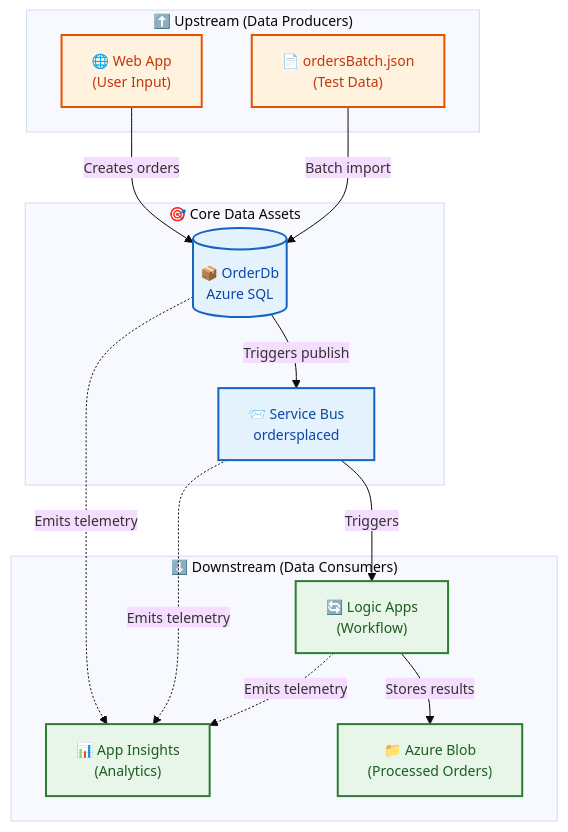
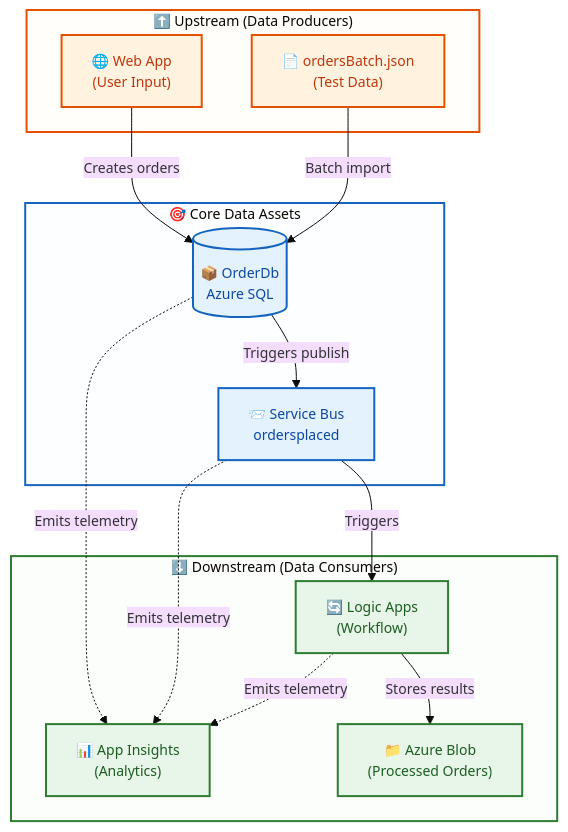
One commit to Evilazaro/Azure-LogicApps-Monitoring changed the sixth of 6 diagrams in docs/architecture/02-data-architecture.md. Above: the diagram before and after it, drawn with Mermaid. The commit also changed other lines of this file and 1 other file, not shown here.

Commit message:
Enhance architecture diagrams with improved subgraph container styling for better visual layer grouping

````diff
--- a/docs/architecture/02-data-architecture.md
+++ b/docs/architecture/02-data-architecture.md
@@ -391,38 +409,43 @@
 ```mermaid
 %%{init: {'theme': 'base', 'themeVariables': { 'fontSize': '14px'}}}%%
 flowchart TD
     subgraph Upstream["⬆️ Upstream (Data Producers)"]
         WebApp["🌐 Web App<br/>(User Input)"]
         TestData["📄 ordersBatch.json<br/>(Test Data)"]
     end
 
     subgraph Core["🎯 Core Data Assets"]
         OrderDb[("📦 OrderDb<br/>Azure SQL")]
         EventBus["📨 Service Bus<br/>ordersplaced"]
     end
 
     subgraph Downstream["⬇️ Downstream (Data Consumers)"]
         LogicApp["🔄 Logic Apps<br/>(Workflow)"]
         AppInsights["📊 App Insights<br/>(Analytics)"]
         Blob["📁 Azure Blob<br/>(Processed Orders)"]
     end
 
     WebApp -->|"Creates orders"| OrderDb
     TestData -->|"Batch import"| OrderDb
     OrderDb -->|"Triggers publish"| EventBus
     EventBus -->|"Triggers"| LogicApp
     LogicApp -->|"Stores results"| Blob
     
     OrderDb -.->|"Emits telemetry"| AppInsights
     EventBus -.->|"Emits telemetry"| AppInsights
     LogicApp -.->|"Emits telemetry"| AppInsights
 
     %% Accessible color palette with clear data flow direction
     classDef upstream fill:#fff3e0,stroke:#e65100,stroke-width:2px,color:#bf360c
     classDef core fill:#e3f2fd,stroke:#1565c0,stroke-width:2px,color:#0d47a1
     classDef downstream fill:#e8f5e9,stroke:#2e7d32,stroke-width:2px,color:#1b5e20
 
     class WebApp,TestData upstream
     class OrderDb,EventBus core
     class LogicApp,AppInsights,Blob downstream
+
+    %% Subgraph container styling for visual layer grouping
+    style Upstream fill:#fff3e022,stroke:#e65100,stroke-width:2px
+    style Core fill:#e3f2fd22,stroke:#1565c0,stroke-width:2px
+    style Downstream fill:#e8f5e922,stroke:#2e7d32,stroke-width:2px
 ```
````
